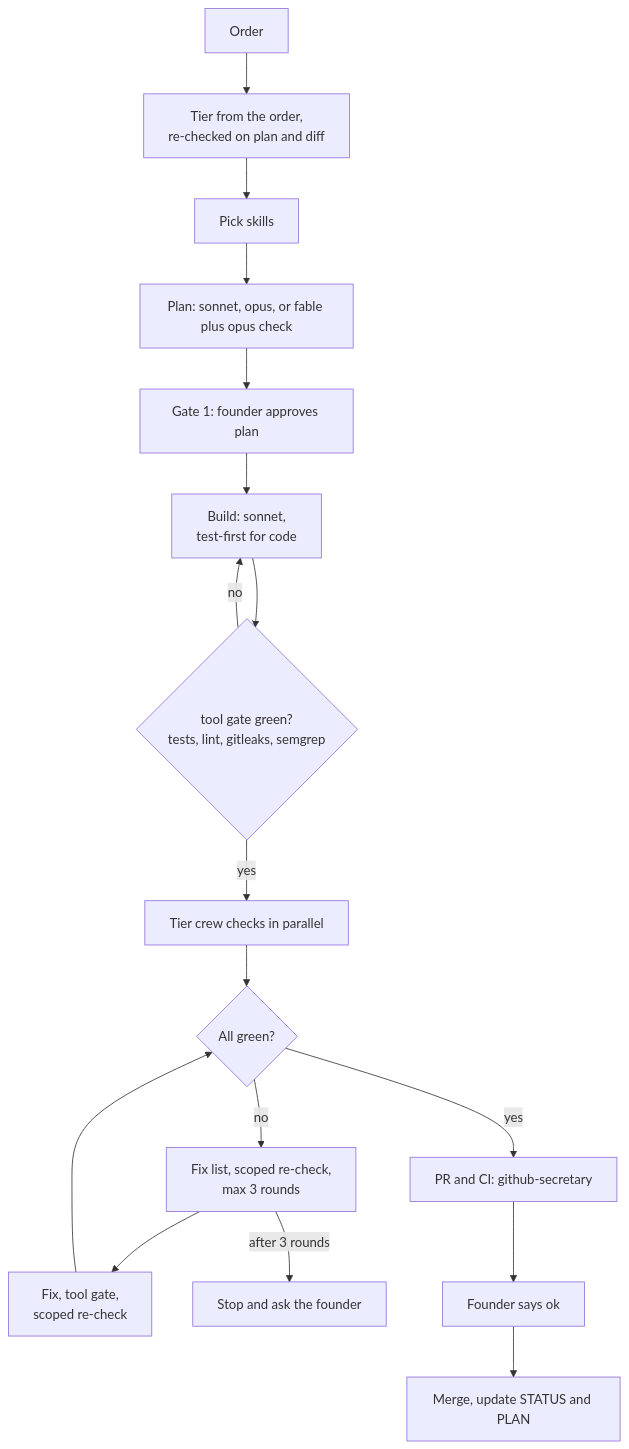
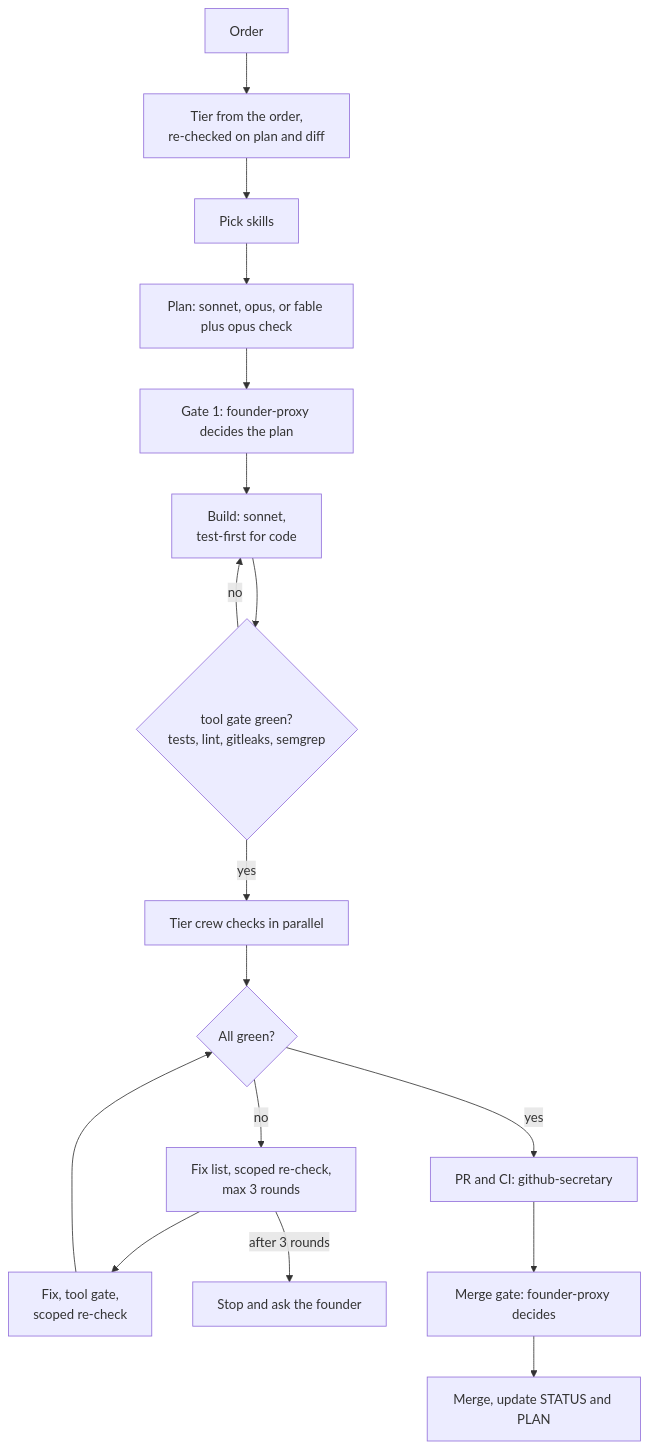
Before and after one commit to LeongJinZhou/ai-company: the second of 3 diagrams in README.md, drawn with Mermaid. The commit also changed other lines of this file and 8 other files, not shown here.

First line of the commit message:
feat: founder-proxy decides the routine founder gates (#19)

````diff
--- a/README.md
+++ b/README.md
@@ -28,19 +29,19 @@
 ```mermaid
 flowchart TD
     A["Order"] --> T["Tier from the order,<br>re-checked on plan and diff"]
     T --> B["Pick skills"]
     B --> C["Plan: sonnet, opus, or fable plus opus check"]
-    C --> D["Gate 1: founder approves plan"]
+    C --> D["Gate 1: founder-proxy decides the plan"]
     D --> E["Build: sonnet,<br>test-first for code"]
     E --> G0{"tool gate green?<br>tests, lint, gitleaks, semgrep"}
     G0 -- no --> E
     G0 -- yes --> F["Tier crew checks in parallel"]
     F --> H{"All green?"}
     H -- no --> I["Fix list, scoped re-check,<br>max 3 rounds"]
     I --> E2["Fix, tool gate,<br>scoped re-check"]
     E2 --> H
     I -- "after 3 rounds" --> Z["Stop and ask the founder"]
     H -- yes --> J["PR and CI: github-secretary"]
-    J --> K["Founder says ok"]
+    J --> K["Merge gate: founder-proxy decides"]
     K --> L["Merge, update STATUS and PLAN"]
 ```
````
